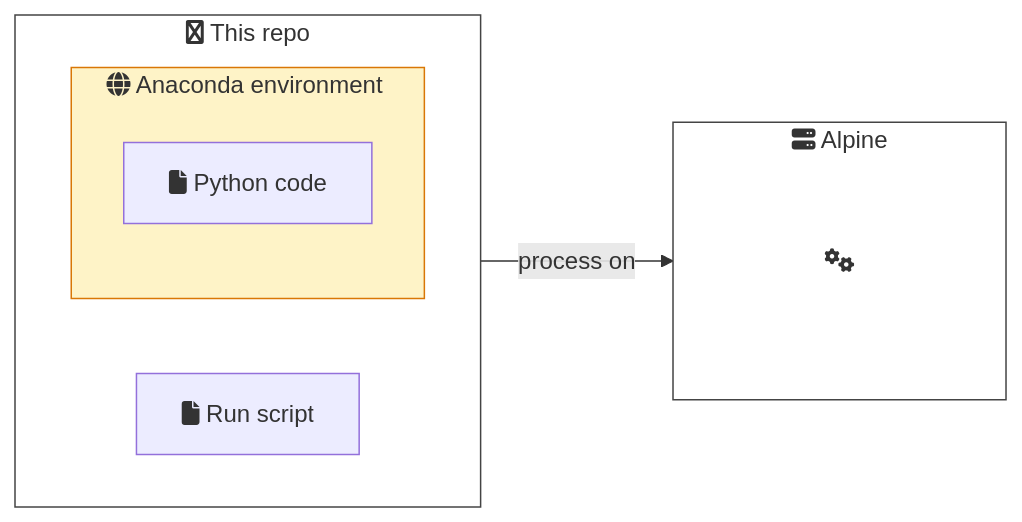
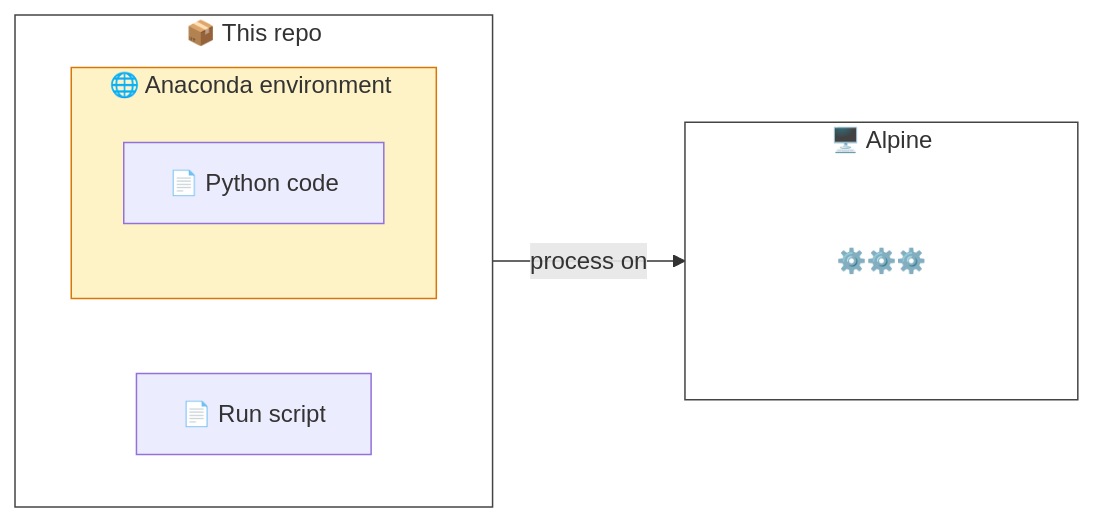
One commit to CU-DBMI/example-hpc-alpine-python changed the first of 7 diagrams in README.md. Above: the diagram before and after it, drawn with Mermaid. The commit also changed other lines of this file, not shown here.

````diff
--- a/README.md
+++ b/README.md
@@ -3,27 +3,26 @@
 ```mermaid
 flowchart LR
-    subgraph repo["fa:fa-github This repo"]
+    subgraph repo["📦 This repo"]
         direction LR
-        run_script["fa:fa-file Run script"]
-        subgraph conda_env["&nbsp;fa:fa-globe Anaconda environment &nbsp;"]
-            python_code["fa:fa-file Python code"]
+        run_script["📄 Run script"]
+        subgraph conda_env["&nbsp;🌐 Anaconda environment &nbsp;"]
+            python_code["📄 Python code"]
         end
         
     end
-    subgraph alpine["fa:fa-server Alpine"]
+    subgraph alpine["🖥️ Alpine"]
         subgraph spacer1[" "]
-            subgraph spacer2["fa:fa-gears"]
-                
+            subgraph spacer2["⚙️⚙️⚙️"]
             end
         end
     end
 
     repo --> | process on | alpine
 
 
 style conda_env fill:#FEF3C7,stroke:#D97706;
 style repo fill:#ffffff,stroke:#444444;
 style alpine fill:#ffffff,stroke:#444444;
 style spacer1 fill:#ffffff,stroke:#ffffff;
 style spacer2 fill:#ffffff,stroke:#ffffff;
 ```
````
